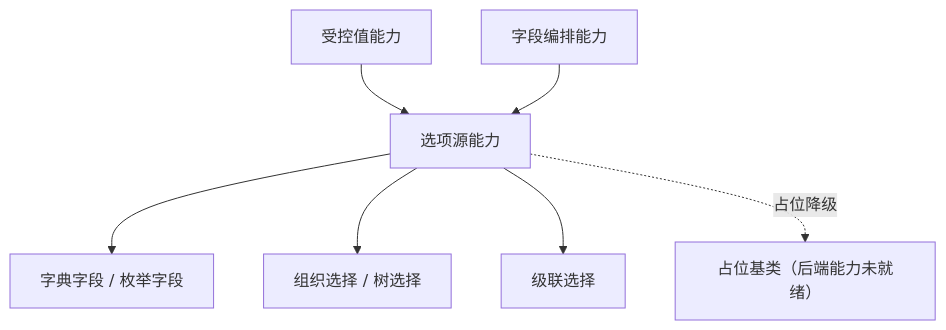
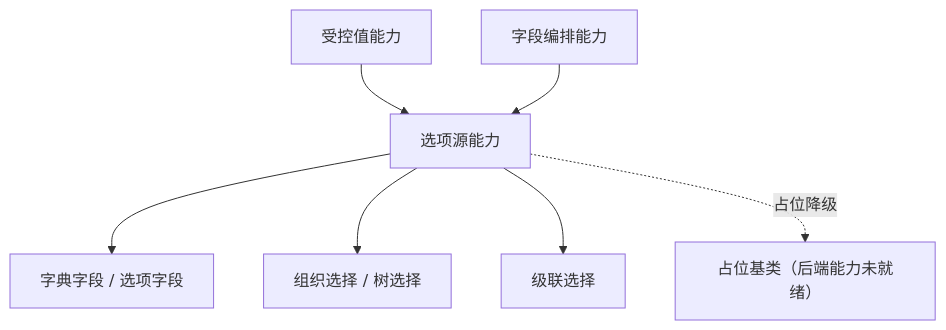
The diagram in bms文档/设计/组件设计/02_基础组件类/02_能力类/12_组件设计_选项源能力/12_组件设计_选项源能力.md (minjian123/basic-management-system), drawn with Mermaid before and after one commit. The commit also changed other lines of this file and 39 other files, not shown here.

````diff
--- a/bms文档/设计/组件设计/02_基础组件类/02_能力类/12_组件设计_选项源能力/12_组件设计_选项源能力.md
+++ b/bms文档/设计/组件设计/02_基础组件类/02_能力类/12_组件设计_选项源能力/12_组件设计_选项源能力.md
@@ -16,9 +16,9 @@
 ```mermaid
 flowchart TD
     V["受控值能力"] --> OS["选项源能力"]
     F["字段编排能力"] --> OS
-    OS --> D["字典字段 / 枚举字段"]
+    OS --> D["字典字段 / 选项字段"]
     OS --> O["组织选择 / 树选择"]
     OS --> C["级联选择"]
     OS -. 占位降级 .-> PH["占位基类（后端能力未就绪）"]
 ```
````
